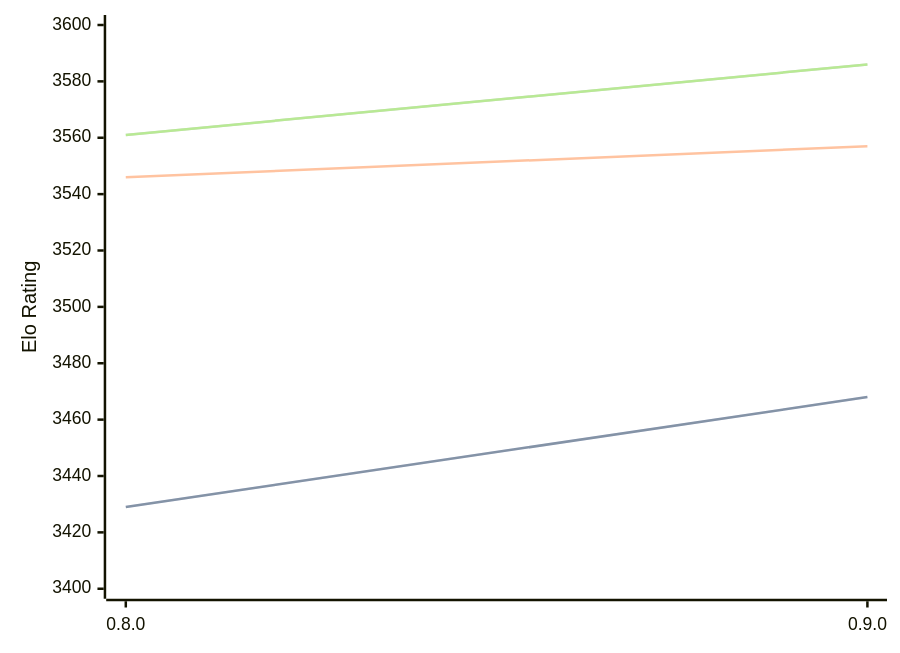
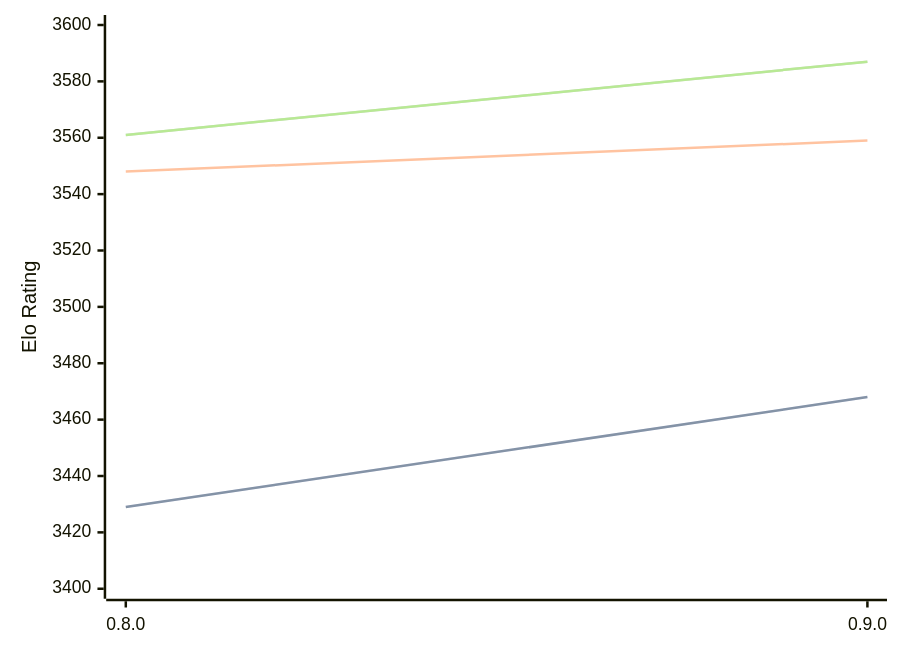
One commit to computer-chess-index/cci changed the third of 3 diagrams in engines/Reckless.md. Above: the diagram before and after it, drawn with Mermaid. The commit also changed other lines of this file, not shown here.

Commit message:
Update CCI Ratings (ELO VLTC) - 2026-06-30

````diff
--- a/engines/Reckless.md
+++ b/engines/Reckless.md
@@ -72,11 +72,11 @@
 ```mermaid
 %%{init: {"theme":"base","themeVariables":{"seriesColors:['#a3a3a3','#222221','#faa371']}}}%%
 xychart-beta
   x-axis ["0.8.0", "0.9.0"]
   y-axis "Elo Rating" 3400 --> 3600
   line "STC (8.0+0.08s)" [3429, 3468]
   line "STC (8.0+0.08s)" [3429, 3468]
-  line "LTC (60.0+0.60s)" [3546, 3557]
-  line "VLTC (2m24s+1.12s)" [3561, 3586]
-  line "VLTC (2m24s+1.12s)" [3561, 3586]
+  line "LTC (60.0+0.60s)" [3548, 3559]
+  line "VLTC (2m24s+1.12s)" [3561, 3587]
+  line "VLTC (2m24s+1.12s)" [3561, 3587]
 ```
````
